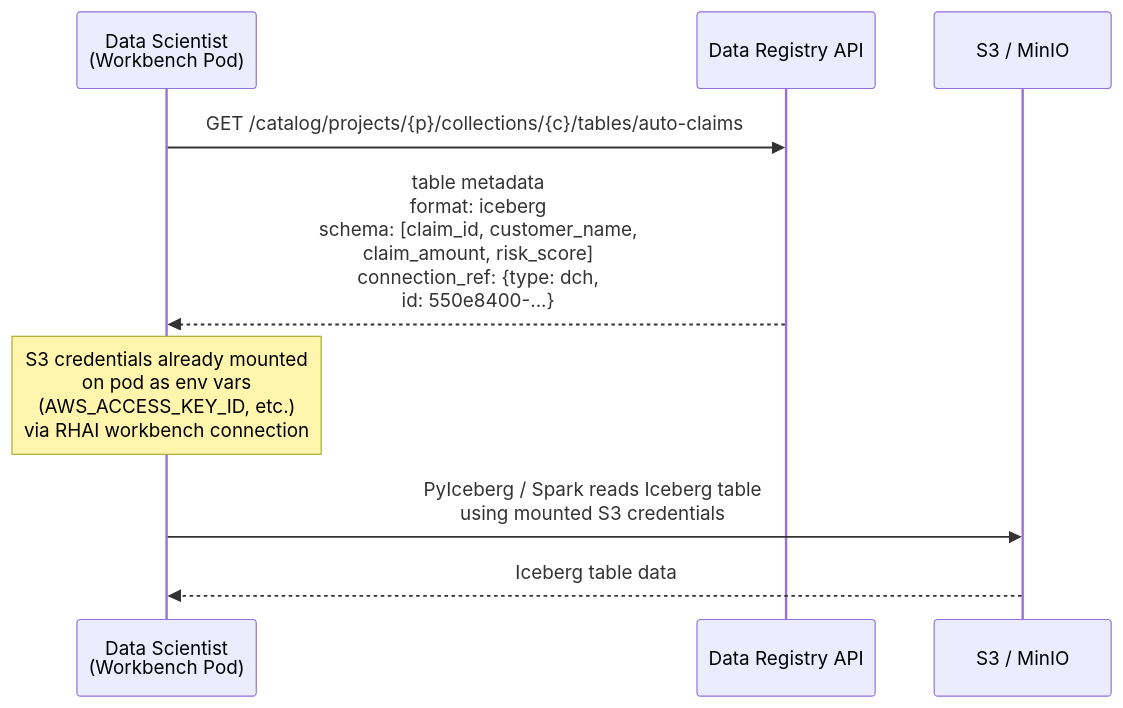
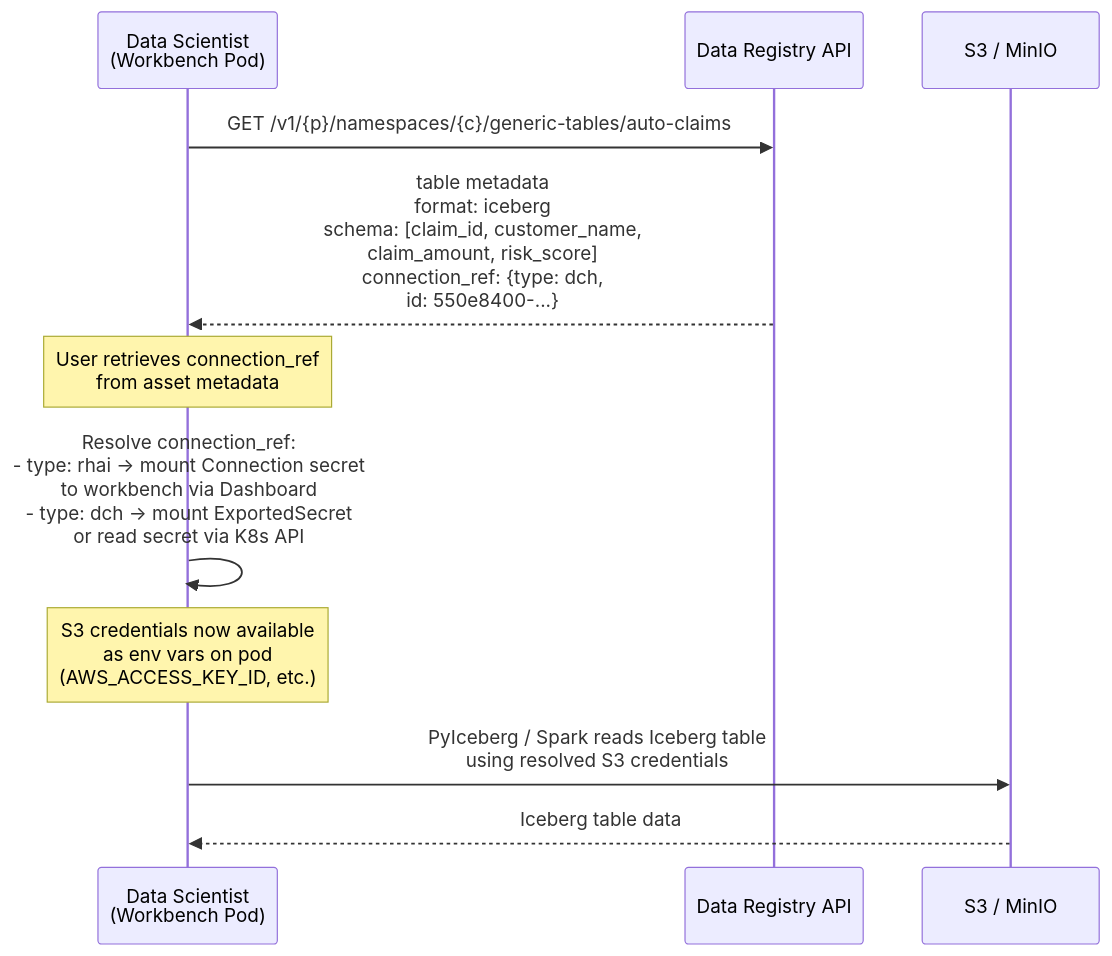
One commit to opendatahub-io/architecture-decision-records changed the second of 5 diagrams in architecture-decision-records/data-registry/ODH-ADR-DR-0002-data-registry-dch-integration.md. Above: the diagram before and after it, drawn with Mermaid. The commit also changed other lines of this file, not shown here.

````diff
--- a/architecture-decision-records/data-registry/ODH-ADR-DR-0002-data-registry-dch-integration.md
+++ b/architecture-decision-records/data-registry/ODH-ADR-DR-0002-data-registry-dch-integration.md
@@ -97,14 +97,18 @@
 ```mermaid
 sequenceDiagram
     participant User as Data Scientist<br/>(Workbench Pod)
     participant DR as Data Registry API
     participant S3 as S3 / MinIO
 
-    User->>DR: GET /catalog/projects/{p}/collections/{c}/tables/auto-claims
+    User->>DR: GET /v1/{p}/namespaces/{c}/generic-tables/auto-claims
     DR-->>User: table metadata<br/>format: iceberg<br/>schema: [claim_id, customer_name,<br/>claim_amount, risk_score]<br/>connection_ref: {type: dch,<br/>id: 550e8400-...}
 
-    Note over User: S3 credentials already mounted<br/>on pod as env vars<br/>(AWS_ACCESS_KEY_ID, etc.)<br/>via RHAI workbench connection
+    Note over User: User retrieves connection_ref<br/>from asset metadata
 
-    User->>S3: PyIceberg / Spark reads Iceberg table<br/>using mounted S3 credentials
+    User->>User: Resolve connection_ref:<br/>- type: rhai → mount Connection secret<br/>  to workbench via Dashboard<br/>- type: dch → mount ExportedSecret<br/>  or read secret via K8s API
+
+    Note over User: S3 credentials now available<br/>as env vars on pod<br/>(AWS_ACCESS_KEY_ID, etc.)
+
+    User->>S3: PyIceberg / Spark reads Iceberg table<br/>using resolved S3 credentials
     S3-->>User: Iceberg table data
 ```
````
